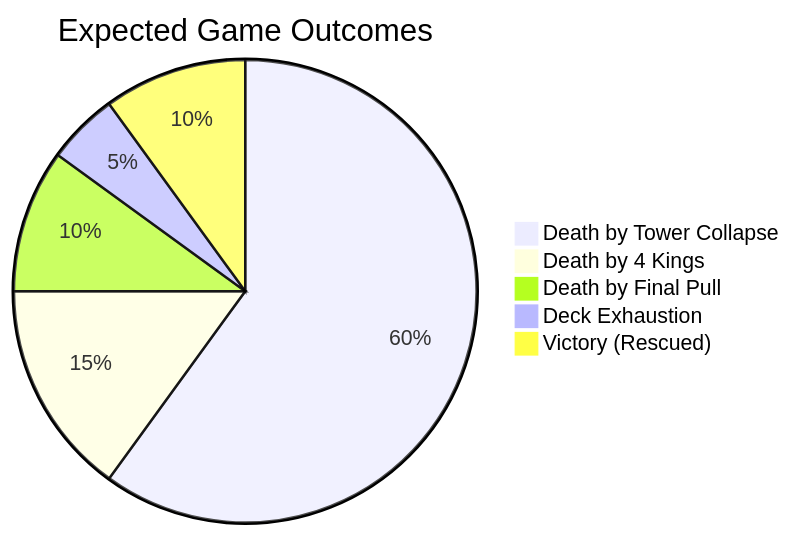
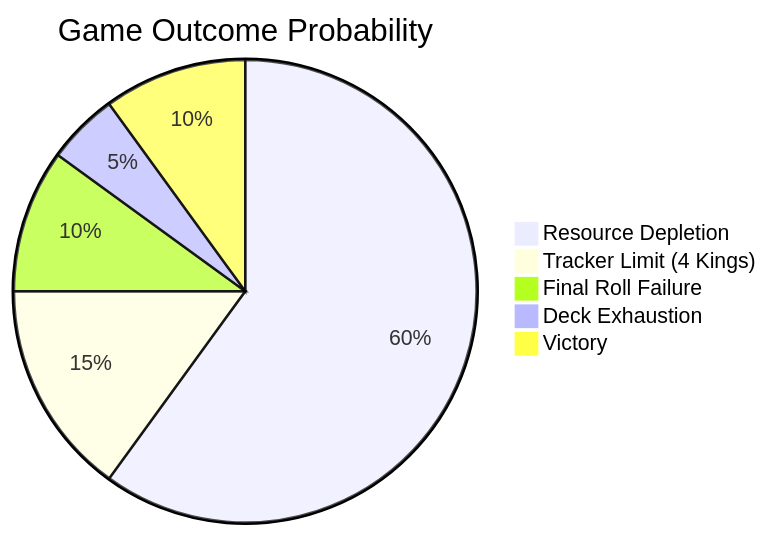
One commit to dimm-city/dc-solo-rpg changed diagram 11 of 13 in docs/wretched-alone-mechanics-guide.md. Above: the diagram before and after it, drawn with Mermaid. The commit also changed other lines of this file, not shown here.

````diff
--- a/docs/wretched-alone-mechanics-guide.md
+++ b/docs/wretched-alone-mechanics-guide.md
@@ -572,8 +570,8 @@
 ```mermaid
-pie title Expected Game Outcomes
-    "Death by Tower Collapse" : 60
-    "Death by 4 Kings" : 15
-    "Death by Final Pull" : 10
+pie title Game Outcome Probability
+    "Resource Depletion" : 60
+    "Tracker Limit (4 Kings)" : 15
+    "Final Roll Failure" : 10
     "Deck Exhaustion" : 5
-    "Victory (Rescued)" : 10
+    "Victory" : 10
 ```
````
